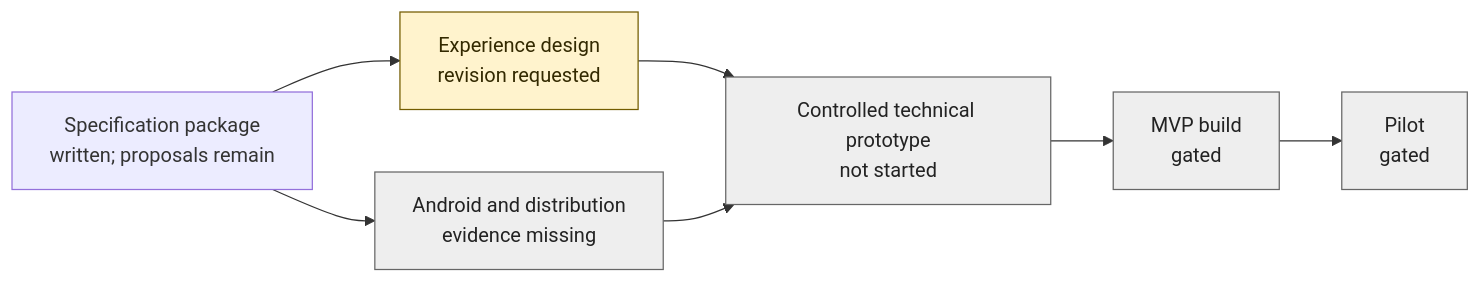
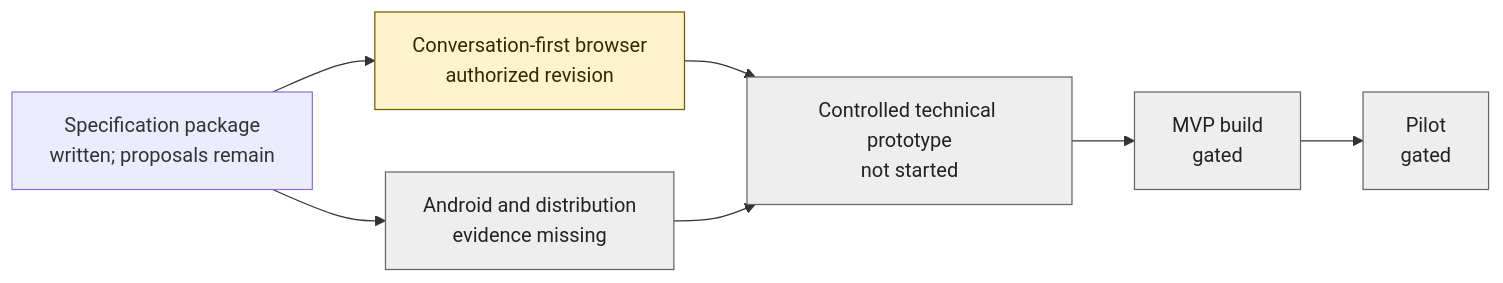
One commit to Pueblo98/Granny changed the diagram in docs/Cockpit.md. Above: the diagram before and after it, drawn with Mermaid. The commit also changed other lines of this file and 21 other files, not shown here.

````diff
--- a/docs/Cockpit.md
+++ b/docs/Cockpit.md
@@ -23,13 +23,13 @@
 ```mermaid
 flowchart LR
-  A["Specification package<br/>written; proposals remain"] --> B["Experience design<br/>revision requested"]
+  A["Specification package<br/>written; proposals remain"] --> B["Conversation-first browser<br/>authorized revision"]
   A --> C["Android and distribution<br/>evidence missing"]
   B --> D["Controlled technical prototype<br/>not started"]
   C --> D
   D --> E["MVP build<br/>gated"]
   E --> F["Pilot<br/>gated"]
   classDef current fill:#fff3cd,stroke:#735c00,color:#332900
   classDef waiting fill:#eeeeee,stroke:#666666,color:#222222
   class B current
   class C,D,E,F waiting
 ```
````
